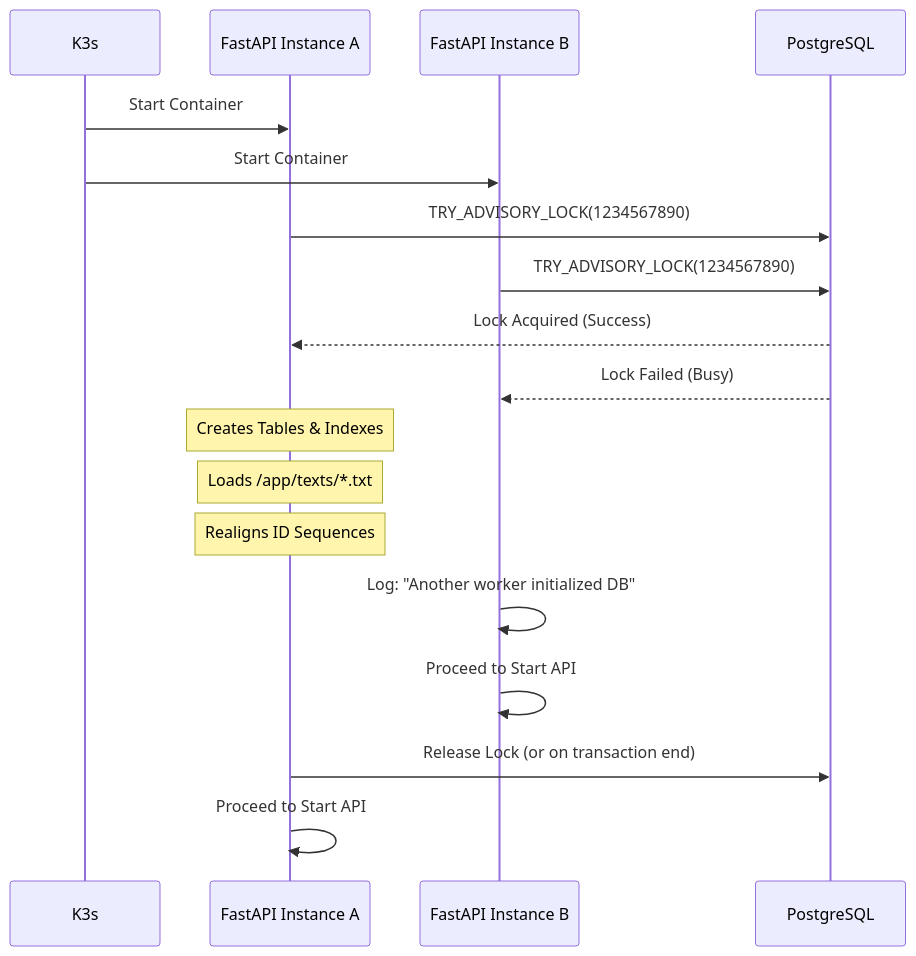
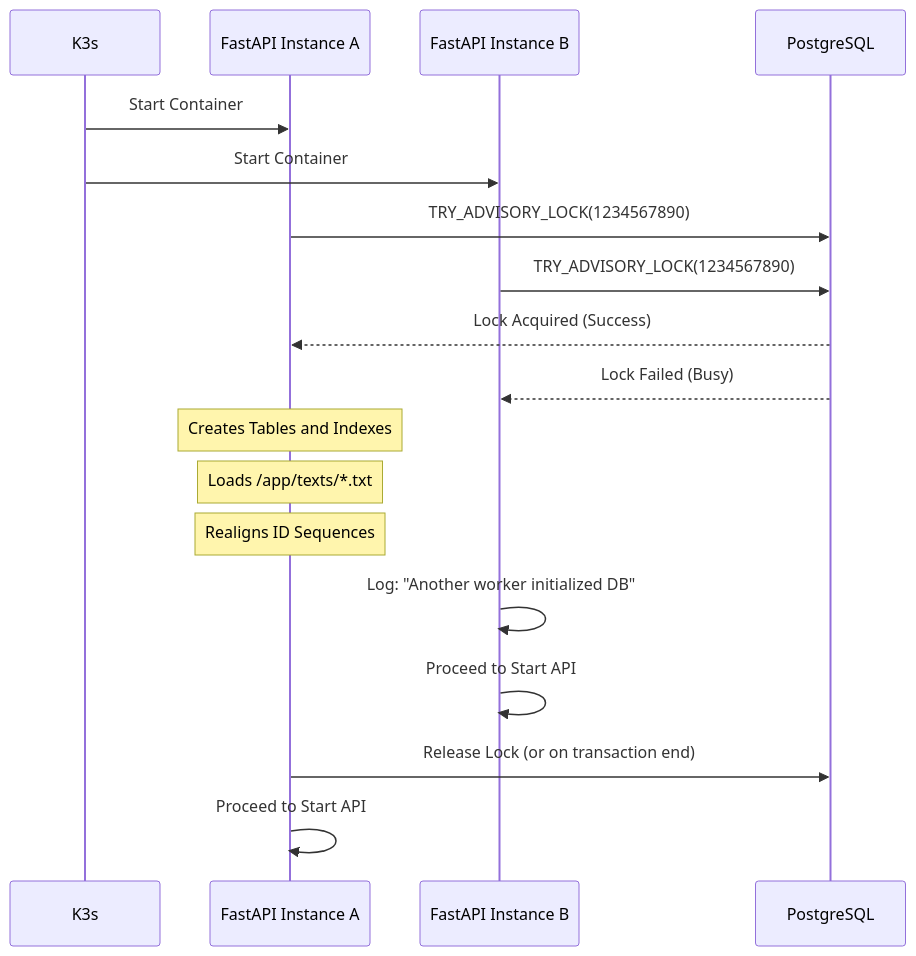
Before and after one commit to AG7-ES/nlp-pipeline-repo: the fourth of 4 diagrams in README.md, drawn with Mermaid. The commit also changed other lines of this file, not shown here.

````diff
--- a/README.md
+++ b/README.md
@@ -379,26 +413,26 @@
 ```mermaid
 sequenceDiagram
     participant K3s as K3s
     participant App1 as FastAPI Instance A
     participant App2 as FastAPI Instance B
     participant DB as PostgreSQL
 
     K3s->>App1: Start Container
     K3s->>App2: Start Container
     
     App1->>DB: TRY_ADVISORY_LOCK(1234567890)
     App2->>DB: TRY_ADVISORY_LOCK(1234567890)
     
     DB-->>App1: Lock Acquired (Success)
     DB-->>App2: Lock Failed (Busy)
     
-    Note over App1: Creates Tables & Indexes
+    Note over App1: Creates Tables and Indexes
     Note over App1: Loads /app/texts/*.txt
     Note over App1: Realigns ID Sequences
     
     App2->>App2: Log: "Another worker initialized DB"
     App2->>App2: Proceed to Start API
     
     App1->>DB: Release Lock (or on transaction end)
     App1->>App1: Proceed to Start API
 ```
````
